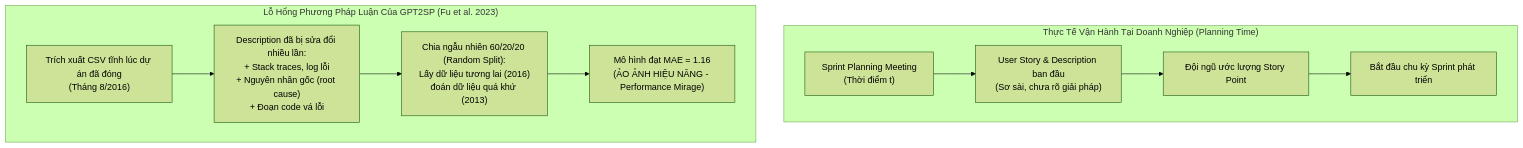
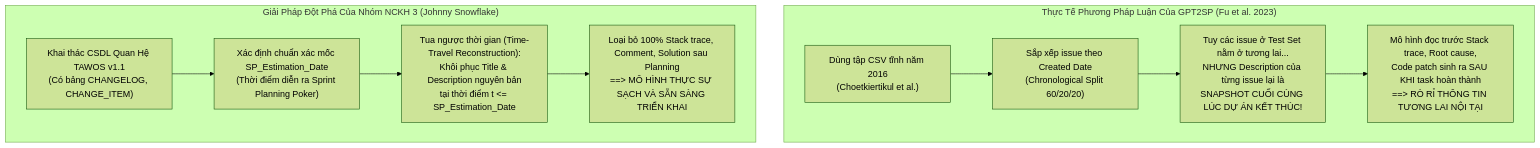
The first of 2 diagrams in docs/articles/paper-information/critical-thinking/09_data_leakage_analysis_and_action_plan.md (snowflake-vibing/NCKH_Johnny_Snowflake), drawn with Mermaid (forest theme) before and after one commit. The commit also changed other lines of this file and 2 other files, not shown here.

Commit message:
docs: dinh chinh va lam ro su that ve CSDL TAWOS va Chronological Split trong GPT2SP

````diff
--- a/docs/articles/paper-information/critical-thinking/09_data_leakage_analysis_and_action_plan.md
+++ b/docs/articles/paper-information/critical-thinking/09_data_leakage_analysis_and_action_plan.md
@@ -18,14 +26,14 @@
 ```mermaid
 flowchart TD
-    subgraph Reality["Thực Tế Vận Hành Tại Doanh Nghiệp (Planning Time)"]
-        A1["Sprint Planning Meeting\n(Thời điểm t)"] --> A2["User Story & Description ban đầu\n(Sơ sài, chưa rõ giải pháp)"]
-        A2 --> A3["Đội ngũ ước lượng Story Point"]
-        A3 --> A4["Bắt đầu chu kỳ Sprint phát triển"]
+    subgraph GPT2SP_Setup["Thực Tế Phương Pháp Luận Của GPT2SP (Fu et al. 2023)"]
+        A1["Dùng tập CSV tĩnh năm 2016\n(Choetkiertikul et al.)"] --> A2["Sắp xếp issue theo Created Date\n(Chronological Split 60/20/20)"]
+        A2 --> A3["Tuy các issue ở Test Set nằm ở tương lai...\nNHƯNG Description của từng issue lại là\nSNAPSHOT CUỐI CÙNG LÚC DỰ ÁN KẾT THÚC!"]
+        A3 --> A4["Mô hình đọc trước Stack trace, Root cause,\nCode patch sinh ra SAU KHI task hoàn thành\n==> RÒ RỈ THÔNG TIN TƯƠNG LAI NỘI TẠI"]
     end
 
-    subgraph GPT2SP_Flaw["Lỗ Hổng Phương Pháp Luận Của GPT2SP (Fu et al. 2023)"]
-        B1["Trích xuất CSV tĩnh lúc dự án đã đóng\n(Tháng 8/2016)"] --> B2["Description đã bị sửa đổi nhiều lần:\n+ Stack traces, log lỗi\n+ Nguyên nhân gốc (root cause)\n+ Đoạn code vá lỗi"]
-        B2 --> B3["Chia ngẫu nhiên 60/20/20 (Random Split):\nLấy dữ liệu tương lai (2016)\nđoán dữ liệu quá khứ (2013)"]
-        B3 --> B4["Mô hình đạt MAE = 1.16\n(ẢO ẢNH HIỆU NĂNG - Performance Mirage)"]
+    subgraph Solution_Group3["Giải Pháp Đột Phá Của Nhóm NCKH 3 (Johnny Snowflake)"]
+        B1["Khai thác CSDL Quan Hệ TAWOS v1.1\n(Có bảng CHANGELOG, CHANGE_ITEM)"] --> B2["Xác định chuẩn xác mốc SP_Estimation_Date\n(Thời điểm diễn ra Sprint Planning Poker)"]
+        B2 --> B3["Tua ngược thời gian (Time-Travel Reconstruction):\nKhôi phục Title & Description nguyên bản\ntại thời điểm t <= SP_Estimation_Date"]
+        B3 --> B4["Loại bỏ 100% Stack trace, Comment, Solution sau Planning\n==> MÔ HÌNH THỰC SỰ SẠCH VÀ SẴN SÀNG TRIỂN KHAI"]
     end
 ```
````
